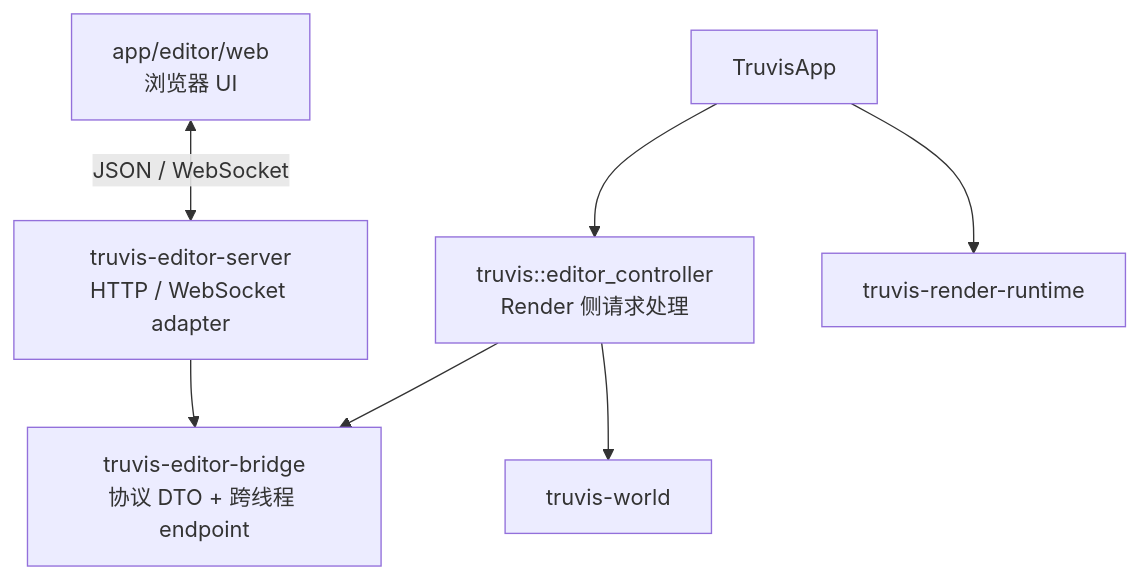
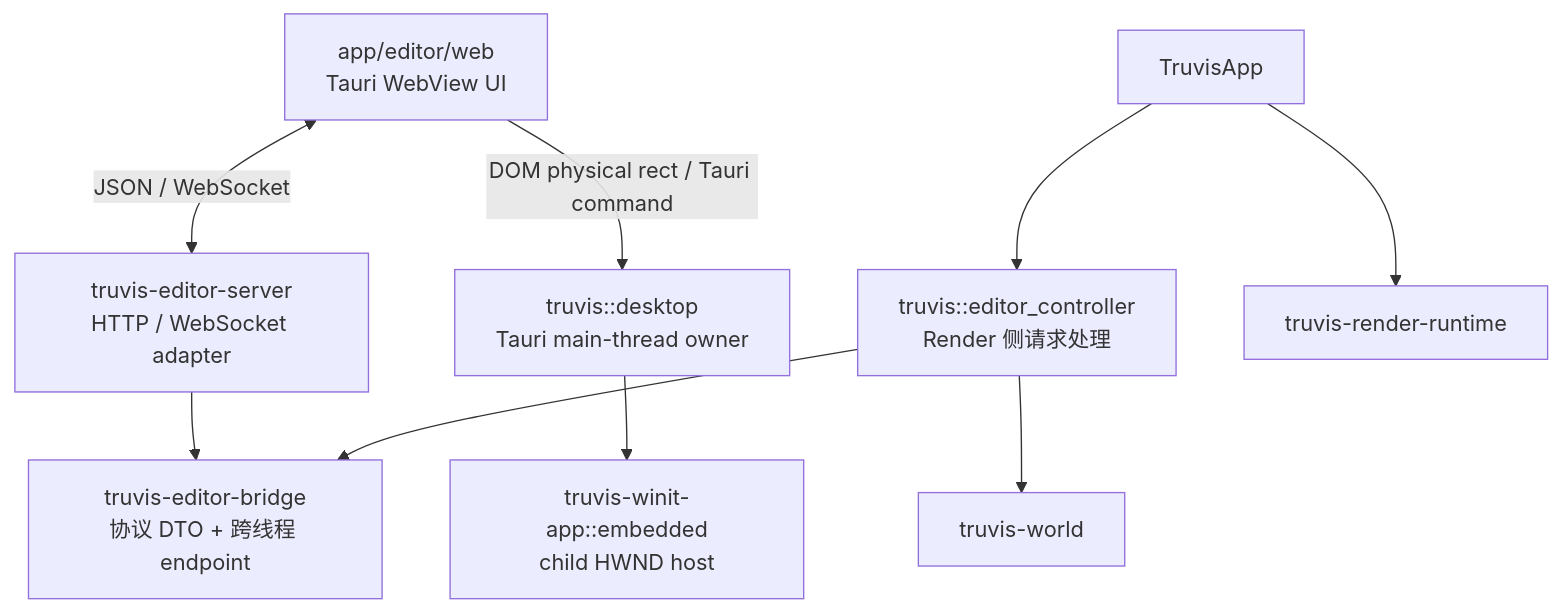
The first of 2 diagrams in docs/editor.md (acccoco/TruvisRenderer), drawn with Mermaid before and after one commit. The commit also changed other lines of this file and 39 other files, not shown here.

````diff
--- a/docs/editor.md
+++ b/docs/editor.md
@@ -105,17 +113,21 @@
 ```mermaid
 flowchart TB
-    Web["app/editor/web<br/>浏览器 UI"]
+    Web["app/editor/web<br/>Tauri WebView UI"]
+    Desktop["truvis::desktop<br/>Tauri main-thread owner"]
+    WinitHost["truvis-winit-app::embedded<br/>child HWND host"]
     Bridge["truvis-editor-bridge<br/>协议 DTO + 跨线程 endpoint"]
     Server["truvis-editor-server<br/>HTTP / WebSocket adapter"]
     Controller["truvis::editor_controller<br/>Render 侧请求处理"]
     App["TruvisApp"]
     World["truvis-world"]
     Runtime["truvis-render-runtime"]
 
     Web <-->|"JSON / WebSocket"| Server
+    Web -->|"DOM physical rect / Tauri command"| Desktop
+    Desktop --> WinitHost
     Server --> Bridge
     Controller --> Bridge
     App --> Controller
     Controller --> World
     App --> Runtime
 ```
````
